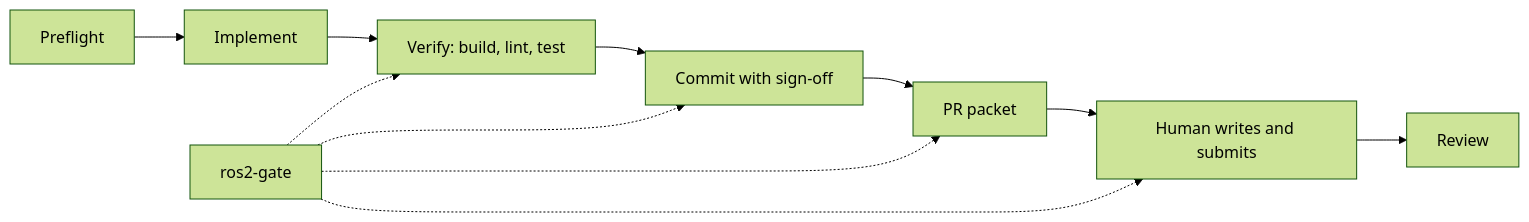
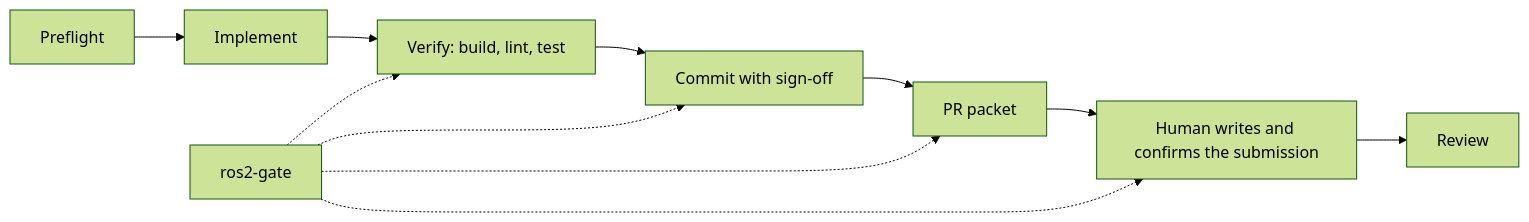
Before and after one commit to fujitatomoya/ros2-agent-kit: the diagram in design/ros2-agent-kit-design.md, drawn with Mermaid (forest theme). The commit also changed other lines of this file and 36 other files, not shown here.

````diff
--- a/design/ros2-agent-kit-design.md
+++ b/design/ros2-agent-kit-design.md
@@ -147,13 +148,13 @@
 ```mermaid
 flowchart LR
   P[Preflight] --> I[Implement]
   I --> V[Verify: build, lint, test]
   V --> C[Commit with sign-off]
   C --> K[PR packet]
-  K --> H[Human writes and submits]
+  K --> H[Human writes and confirms the submission]
   H --> R[Review]
   G[ros2-gate] -.-> V
   G -.-> C
   G -.-> K
   G -.-> H
 ```
````
